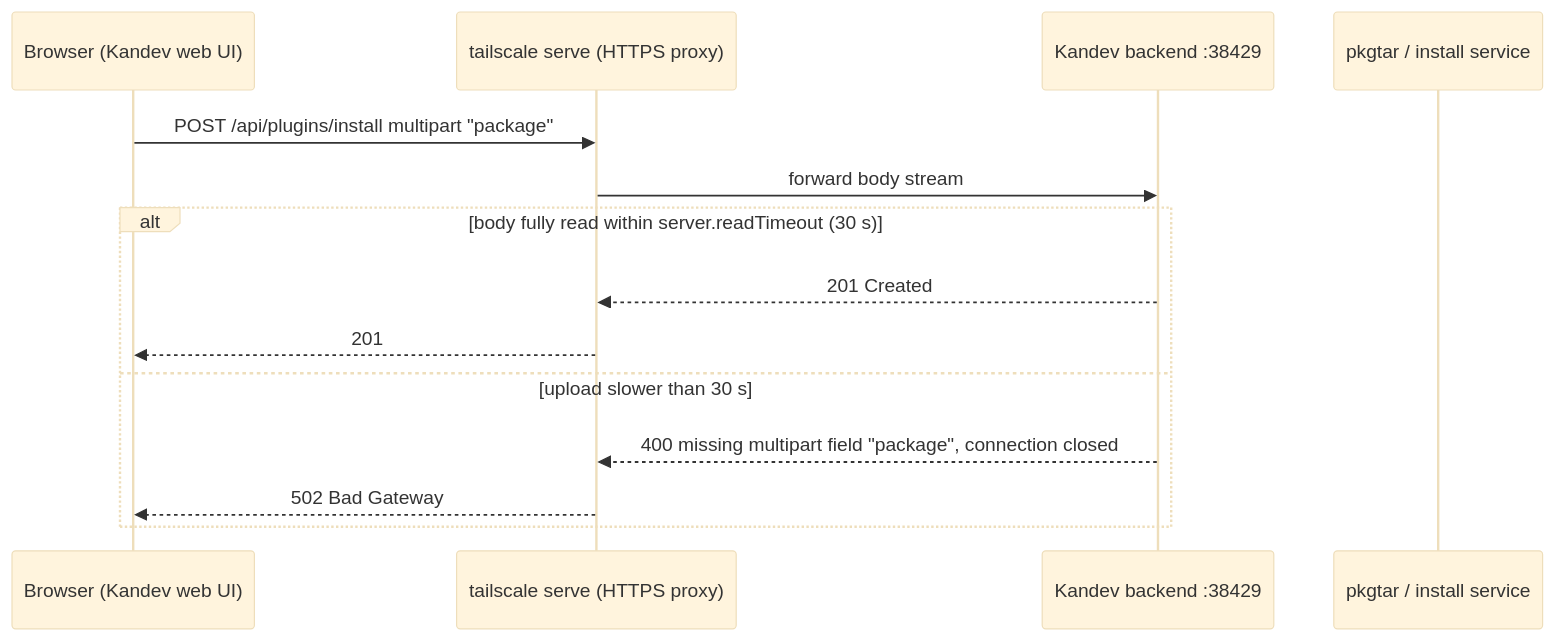
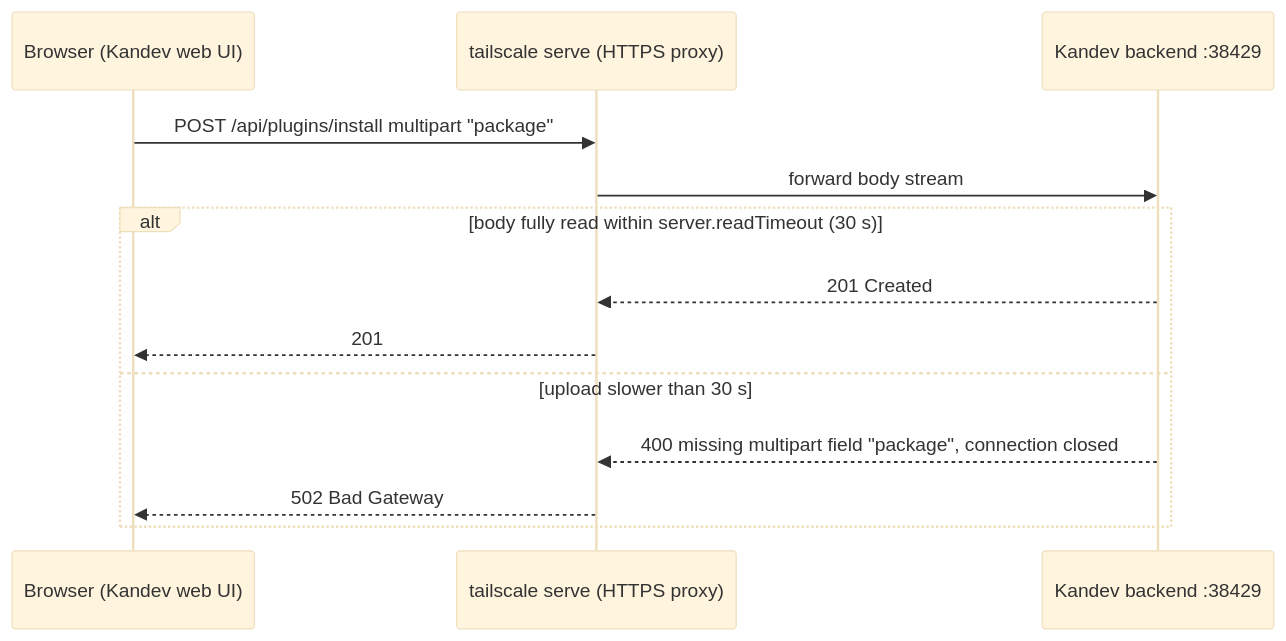
Before and after one commit to khuongdo/kandev-plugin-nulab-backlog: the ninth of 10 diagrams in aidlc/spaces/default/codekb/kandev-plugin-nulab-backlog/architecture.md, drawn with Mermaid (base theme). The commit also changed other lines of this file and 53 other files, not shown here.

````diff
--- a/aidlc/spaces/default/codekb/kandev-plugin-nulab-backlog/architecture.md
+++ b/aidlc/spaces/default/codekb/kandev-plugin-nulab-backlog/architecture.md
@@ -177,16 +258,15 @@
 ```mermaid
 sequenceDiagram
   participant B as Browser (Kandev web UI)
   participant T as tailscale serve (HTTPS proxy)
   participant K as Kandev backend :38429
-  participant P as pkgtar / install service
   B->>T: POST /api/plugins/install multipart "package"
   T->>K: forward body stream
   alt body fully read within server.readTimeout (30 s)
     K-->>T: 201 Created
     T-->>B: 201
   else upload slower than 30 s
     K-->>T: 400 missing multipart field "package", connection closed
     T-->>B: 502 Bad Gateway
   end
 ```
````
